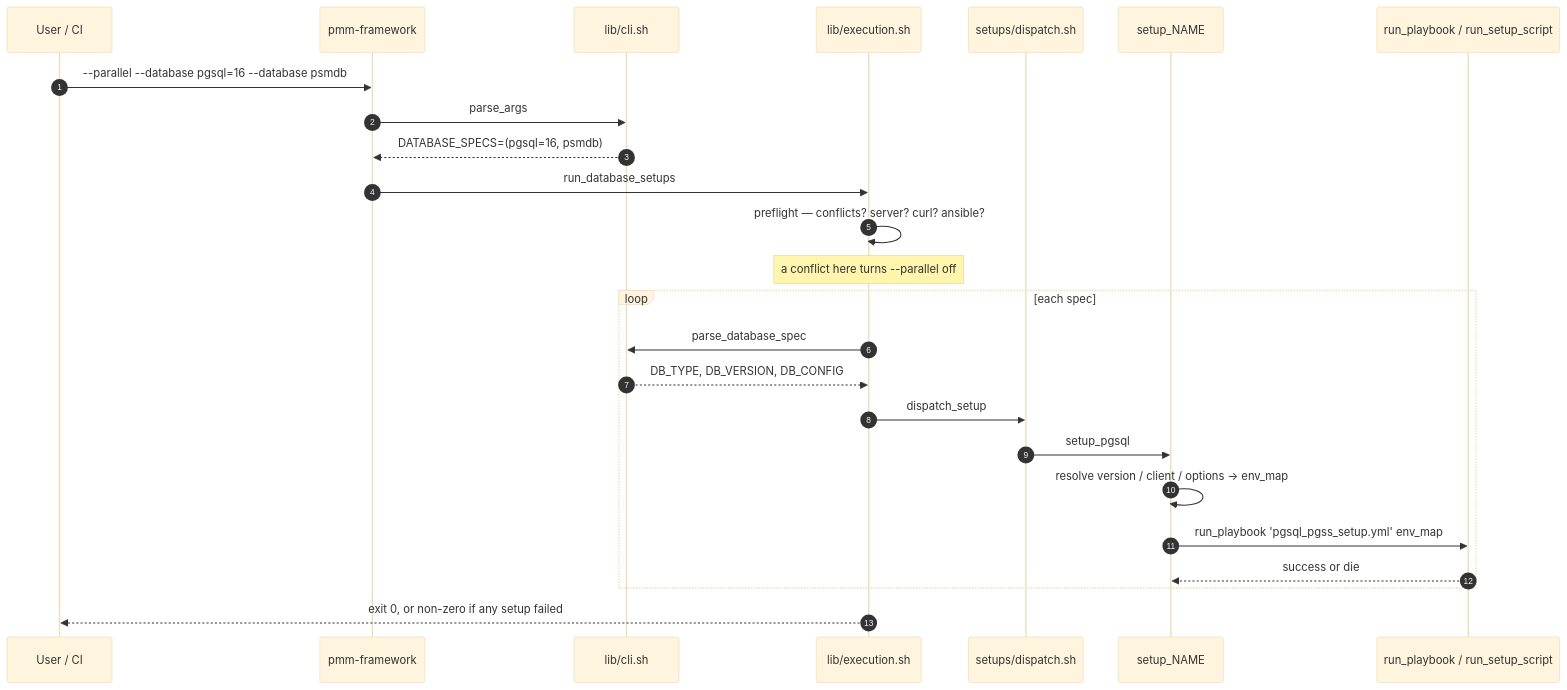
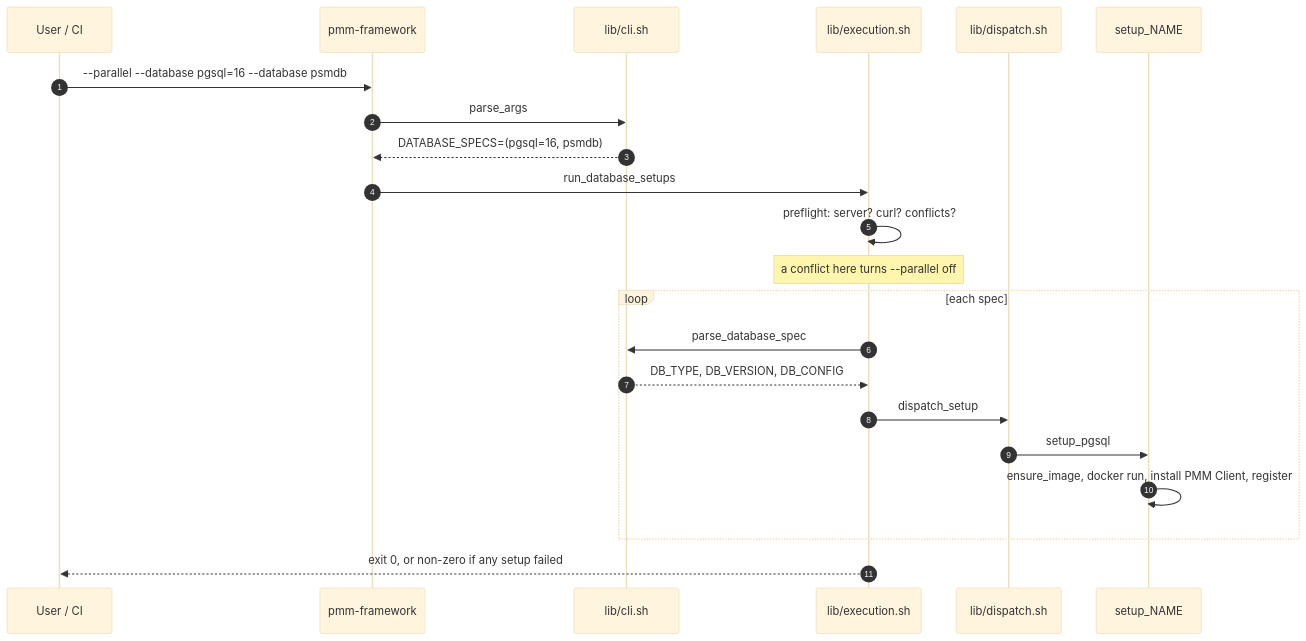
Before and after one commit to percona/pmm-qa: the second of 3 diagrams in qa-integration/pmm_qa/pmm-framework/ARCHITECTURE.md, drawn with Mermaid (base theme). The commit also changed other lines of this file and 6 other files, not shown here.

````diff
--- a/qa-integration/pmm_qa/pmm-framework/ARCHITECTURE.md
+++ b/qa-integration/pmm_qa/pmm-framework/ARCHITECTURE.md
@@ -112,28 +87,25 @@
 ```mermaid
 sequenceDiagram
     autonumber
     participant U as User / CI
     participant E as pmm-framework
     participant C as lib/cli.sh
     participant X as lib/execution.sh
-    participant D as setups/dispatch.sh
+    participant D as lib/dispatch.sh
     participant S as setup_NAME
-    participant B as run_playbook / run_setup_script
 
     U->>E: --parallel --database pgsql=16 --database psmdb
     E->>C: parse_args
     C-->>E: DATABASE_SPECS=(pgsql=16, psmdb)
     E->>X: run_database_setups
-    X->>X: preflight — conflicts? server? curl? ansible?
+    X->>X: preflight: server? curl? conflicts?
     Note over X: a conflict here turns --parallel off
     loop each spec
         X->>C: parse_database_spec
         C-->>X: DB_TYPE, DB_VERSION, DB_CONFIG
         X->>D: dispatch_setup
         D->>S: setup_pgsql
-        S->>S: resolve version / client / options → env_map
-        S->>B: run_playbook 'pgsql_pgss_setup.yml' env_map
-        B-->>S: success or die
+        S->>S: ensure_image, docker run, install PMM Client, register
     end
     X-->>U: exit 0, or non-zero if any setup failed
 ```
````
